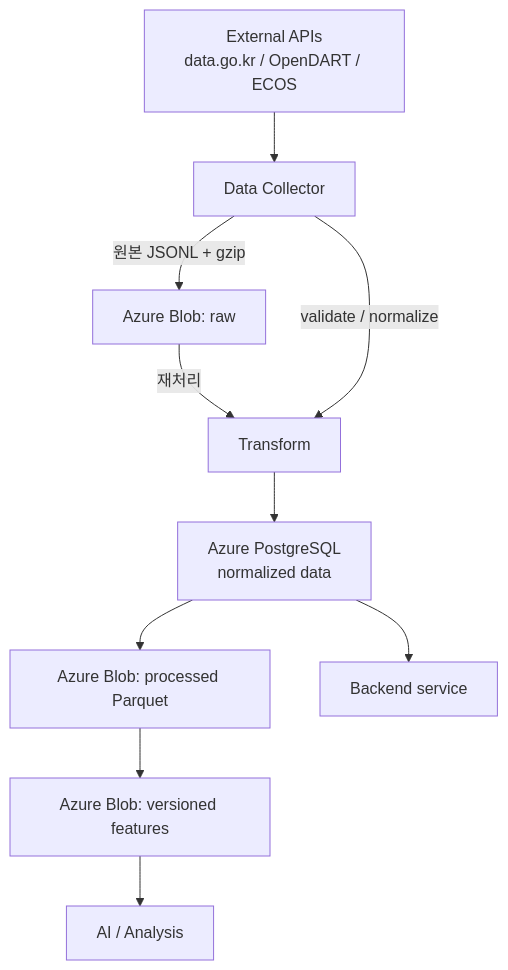
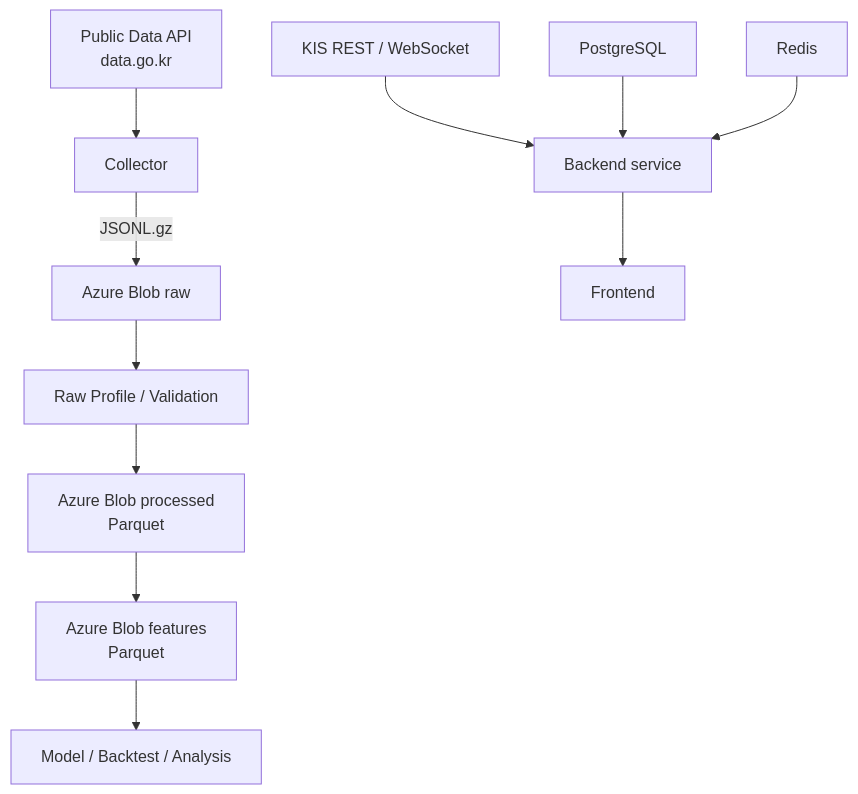
The diagram in docs/DATA_ARCHITECTURE.md (SeSAC-3nd-Team1/FEIN-financial-engineering-intelligent-navigation), drawn with Mermaid before and after one commit. The commit also changed other lines of this file and 13 other files, not shown here.

````diff
--- a/docs/DATA_ARCHITECTURE.md
+++ b/docs/DATA_ARCHITECTURE.md
@@ -5,12 +7,15 @@
 ```mermaid
 flowchart TD
-    API["External APIs<br/>data.go.kr / OpenDART / ECOS"] --> C["Data Collector"]
-    C -->|"원본 JSONL + gzip"| R["Azure Blob: raw"]
-    R -->|"재처리"| T["Transform"]
-    C -->|"validate / normalize"| T
-    T --> N["Azure PostgreSQL<br/>normalized data"]
-    N --> P["Azure Blob: processed Parquet"]
-    P --> F["Azure Blob: versioned features"]
-    F --> AI["AI / Analysis"]
-    N --> B["Backend service"]
+    A["Public Data API<br/>data.go.kr"] --> C["Collector"]
+    C -->|"JSONL.gz"| R["Azure Blob raw"]
+    R --> P0["Raw Profile / Validation"]
+    P0 --> P["Azure Blob processed<br/>Parquet"]
+    P --> F["Azure Blob features<br/>Parquet"]
+    F --> M["Model / Backtest / Analysis"]
+
+    K["KIS REST / WebSocket"] --> B["Backend service"]
+    B --> U["Frontend"]
+
+    PG["PostgreSQL"] --> B
+    RD["Redis"] --> B
 ```
````
